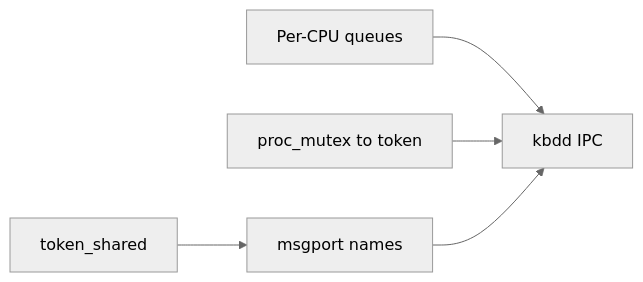
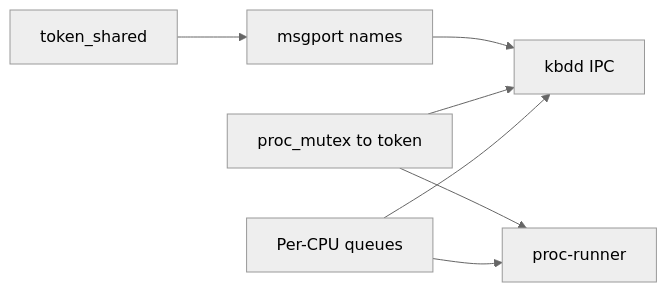
Before and after one commit to redbeardster/myos: the diagram in docs/ROADMAP.md, drawn with Mermaid (neutral theme). The commit also changed other lines of this file and 24 other files, not shown here.

Commit message:
proc_runner enabled, excessive load eliminated

````diff
--- a/docs/ROADMAP.md
+++ b/docs/ROADMAP.md
@@ -140,12 +172,15 @@
 ```mermaid
 flowchart LR
     P1[Per-CPU queues]
     P2[token_shared]
     P3[proc_mutex to token]
     P4[msgport names]
     P5[kbdd IPC]
+    P7[proc-runner]
     P1 --> P5
     P2 --> P4
     P3 --> P5
     P4 --> P5
+    P1 --> P7
+    P3 --> P7
 ```
````
